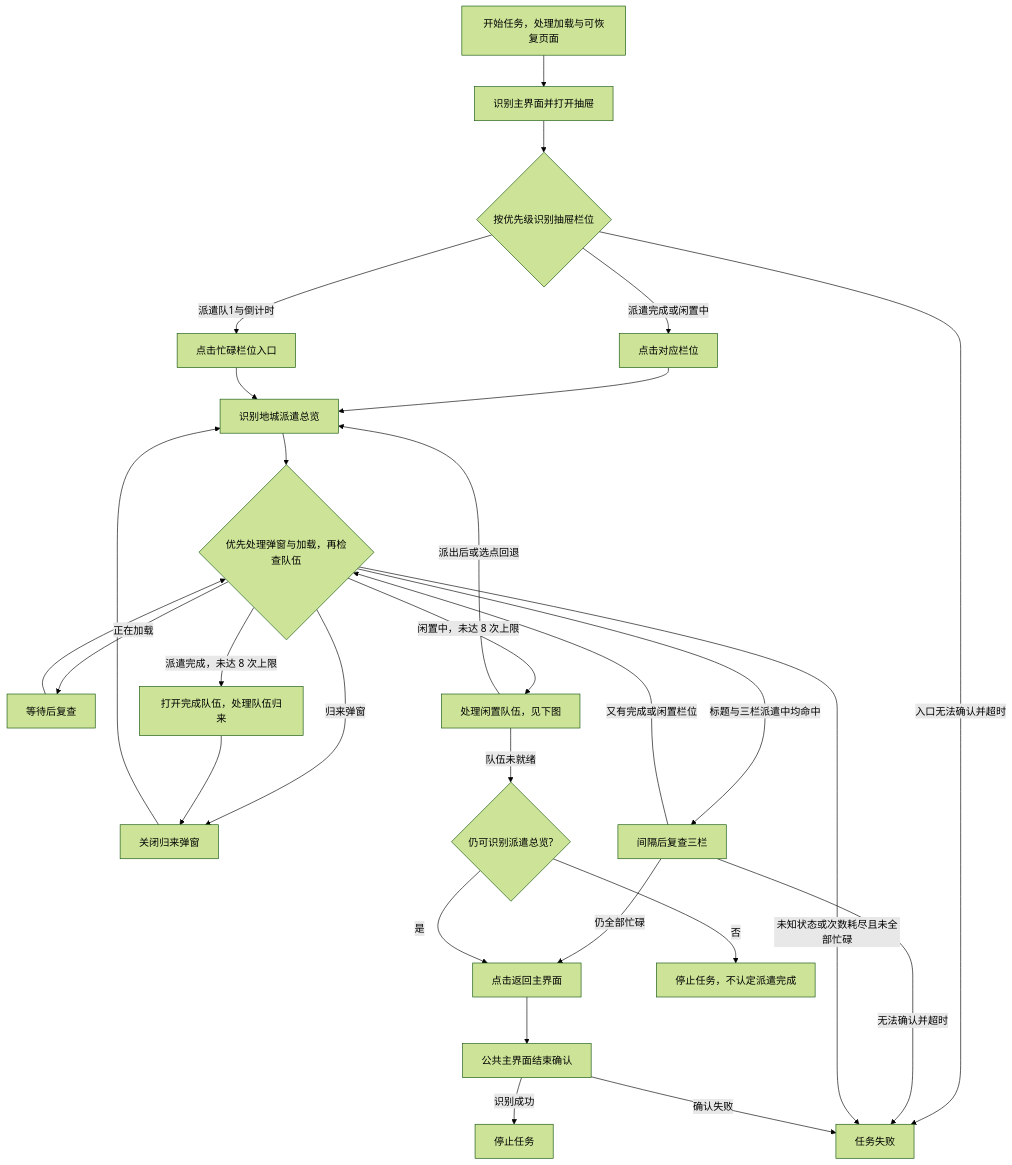
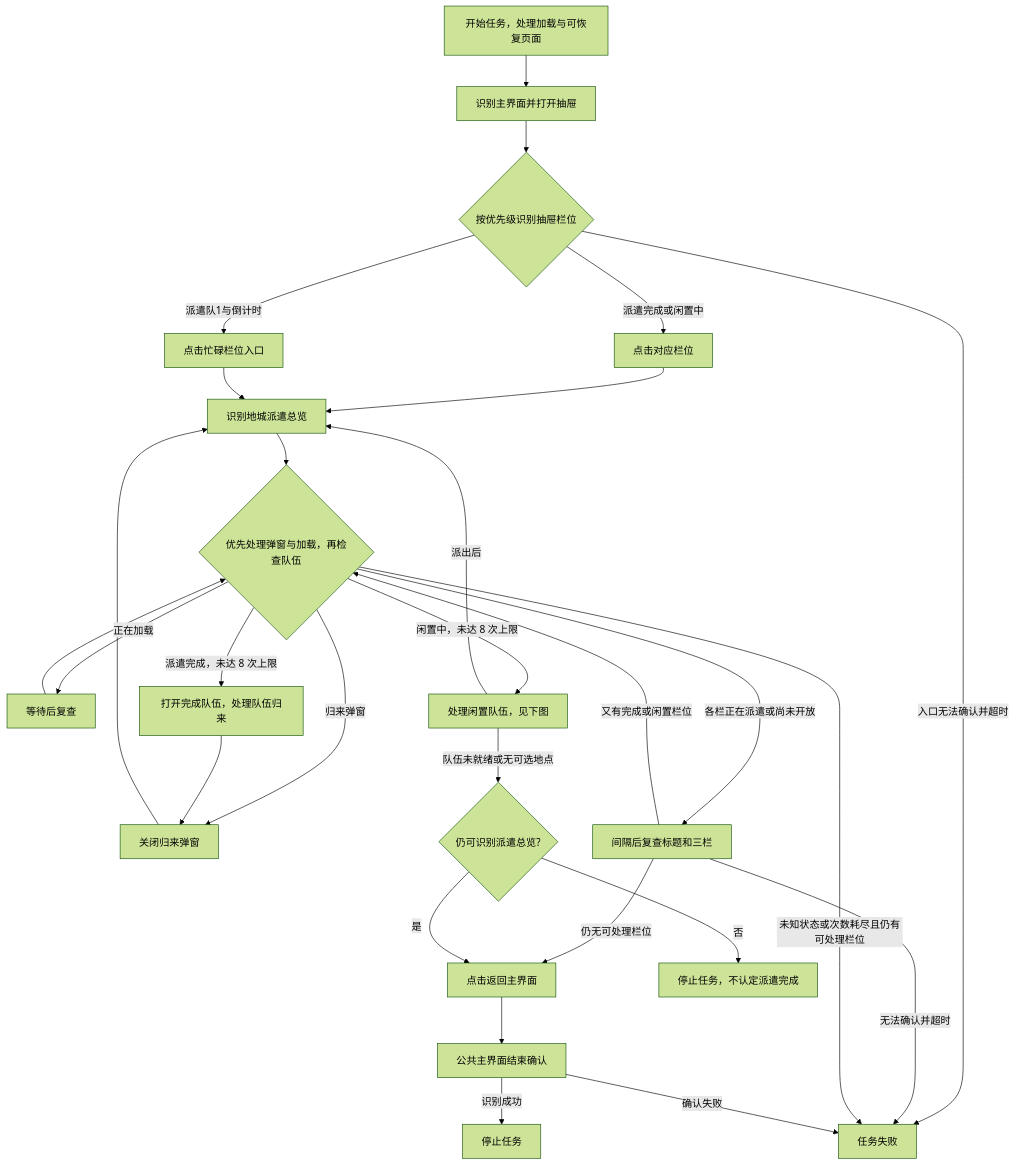
One commit to cccrx1/TKFMaa changed the first of 2 diagrams in docs/zh_cn/tasks/daily_dispatch.md. Above: the diagram before and after it, drawn with Mermaid (forest theme). The commit also changed other lines of this file and 3 other files, not shown here.

````diff
--- a/docs/zh_cn/tasks/daily_dispatch.md
+++ b/docs/zh_cn/tasks/daily_dispatch.md
@@ -29,30 +29,30 @@
 ```mermaid
 flowchart TD
     Start[开始任务，处理加载与可恢复页面] --> Main[识别主界面并打开抽屉]
     Main --> Drawer{按优先级识别抽屉栏位}
     Drawer -->|派遣完成或闲置中| Actionable[点击对应栏位]
     Drawer -->|派遣队1与倒计时| Busy[点击忙碌栏位入口]
     Drawer -->|入口无法确认并超时| Fail[任务失败，保留页面]
     Actionable --> Overview[识别地城派遣总览]
     Busy --> Overview
     Overview --> Scan{优先处理弹窗与加载，再检查队伍}
     Scan -->|归来弹窗| Popup[关闭归来弹窗]
     Popup --> Overview
     Scan -->|正在加载| Wait[等待后复查]
     Wait --> Scan
     Scan -->|派遣完成，未达 8 次上限| Completed[打开完成队伍，处理队伍归来]
     Completed --> Popup
     Scan -->|闲置中，未达 8 次上限| Idle[处理闲置队伍，见下图]
-    Idle -->|派出后或选点回退| Overview
-    Idle -->|队伍未就绪| ExitCheck{仍可识别派遣总览?}
-    Scan -->|标题与三栏派遣中均命中| Verify[间隔后复查三栏]
-    Verify -->|仍全部忙碌| Back[点击返回主界面]
+    Idle -->|派出后| Overview
+    Idle -->|队伍未就绪或无可选地点| ExitCheck{仍可识别派遣总览?}
+    Scan -->|各栏正在派遣或尚未开放| Verify[间隔后复查标题和三栏]
+    Verify -->|仍无可处理栏位| Back[点击返回主界面]
     Verify -->|又有完成或闲置栏位| Scan
     Verify -->|无法确认并超时| Fail
-    Scan -->|未知状态或次数耗尽且未全部忙碌| Fail
+    Scan -->|未知状态或次数耗尽且仍有可处理栏位| Fail
     ExitCheck -->|是| Back
     ExitCheck -->|否| Stop[停止任务，不认定派遣完成]
     Back --> Confirm[公共主界面结束确认]
     Confirm -->|识别成功| Done[停止任务]
     Confirm -->|确认失败| Fail[任务失败]
 ```
````
